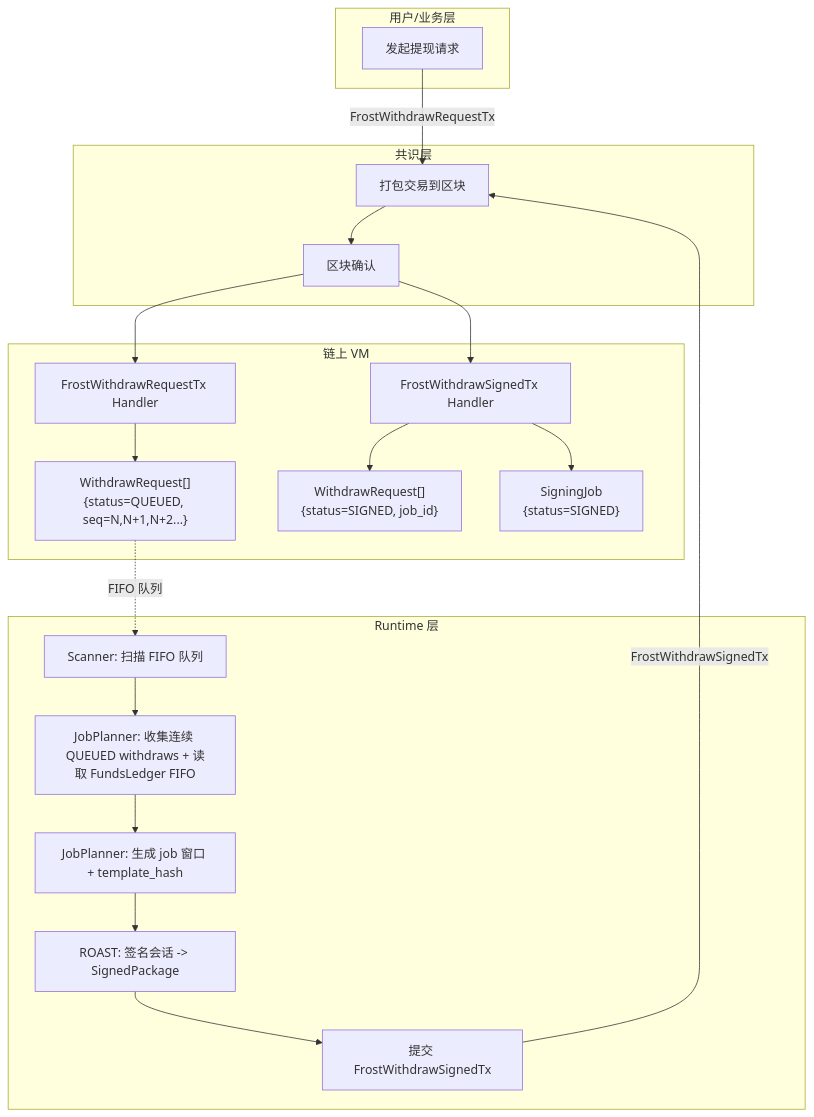
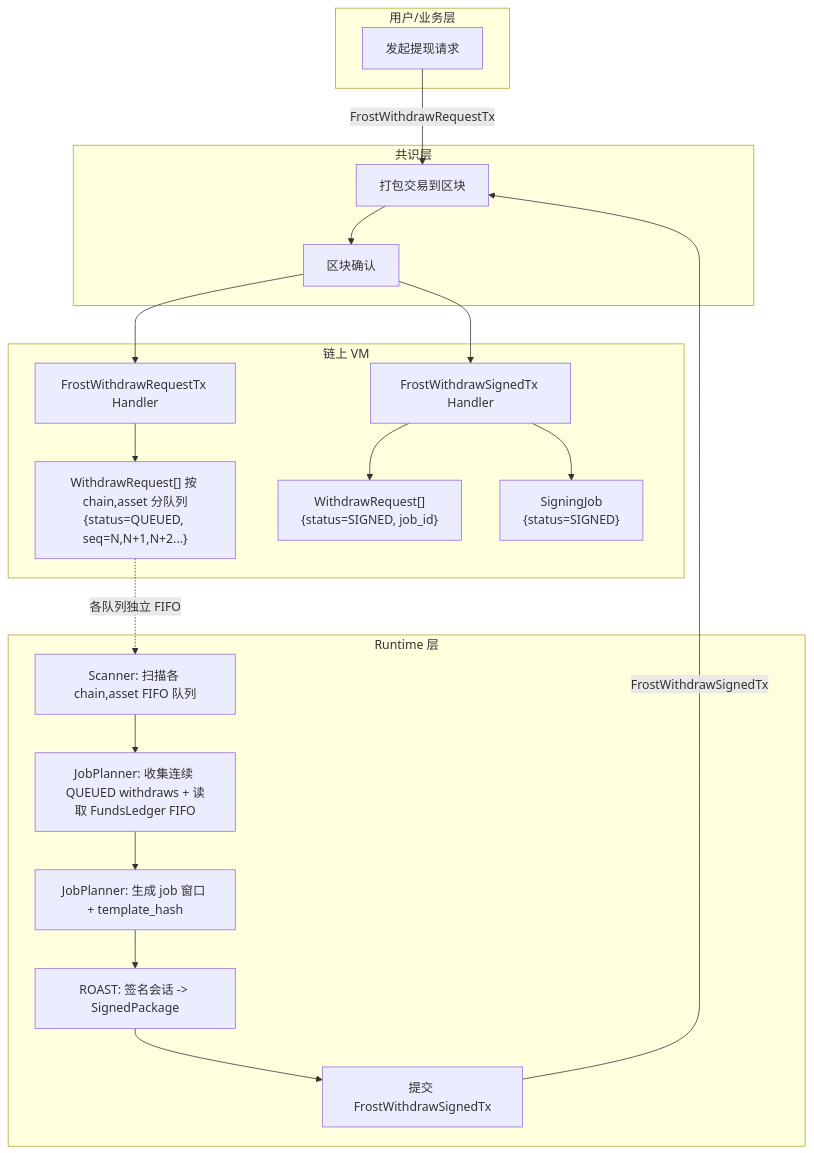
One commit to davidLeeeeeeeeeeee/dex changed the second of 9 diagrams in frost/design.md. Above: the diagram before and after it, drawn with Mermaid. The commit also changed other lines of this file and 7 other files, not shown here.

````diff
--- a/frost/design.md
+++ b/frost/design.md
@@ -439,44 +444,44 @@
 ```mermaid
 flowchart TB
   subgraph User["用户/业务层"]
     U1[发起提现请求]
   end
 
   subgraph VM["链上 VM"]
     V1[FrostWithdrawRequestTx Handler]
     V2[FrostWithdrawSignedTx Handler]
-    WR["WithdrawRequest[]\n{status=QUEUED, seq=N,N+1,N+2...}"]
+    WR["WithdrawRequest[] 按 chain,asset 分队列\n{status=QUEUED, seq=N,N+1,N+2...}"]
     WRS["WithdrawRequest[]\n{status=SIGNED, job_id}"]
     SJS["SigningJob\n{status=SIGNED}"]
   end
 
   subgraph Consensus["共识层"]
     C1[打包交易到区块]
     C2[区块确认]
   end
 
   subgraph Runtime["Runtime 层"]
-    R1[Scanner: 扫描 FIFO 队列]
+    R1[Scanner: 扫描各 chain,asset FIFO 队列]
     R2[JobPlanner: 收集连续 QUEUED withdraws + 读取 FundsLedger FIFO]
     R3[JobPlanner: 生成 job 窗口 + template_hash]
     R4[ROAST: 签名会话 -> SignedPackage]
     R5[提交 FrostWithdrawSignedTx]
   end
 
   %% 流程连接
   U1 -->|FrostWithdrawRequestTx| C1
   C1 --> C2
   C2 --> V1
   V1 --> WR
 
-  WR -.->|FIFO 队列| R1
+  WR -.->|各队列独立 FIFO| R1
   R1 --> R2
   R2 --> R3
   R3 --> R4
   R4 --> R5
 
   R5 -->|FrostWithdrawSignedTx| C1
   C2 --> V2
   V2 --> SJS
   V2 --> WRS
 ```
````
